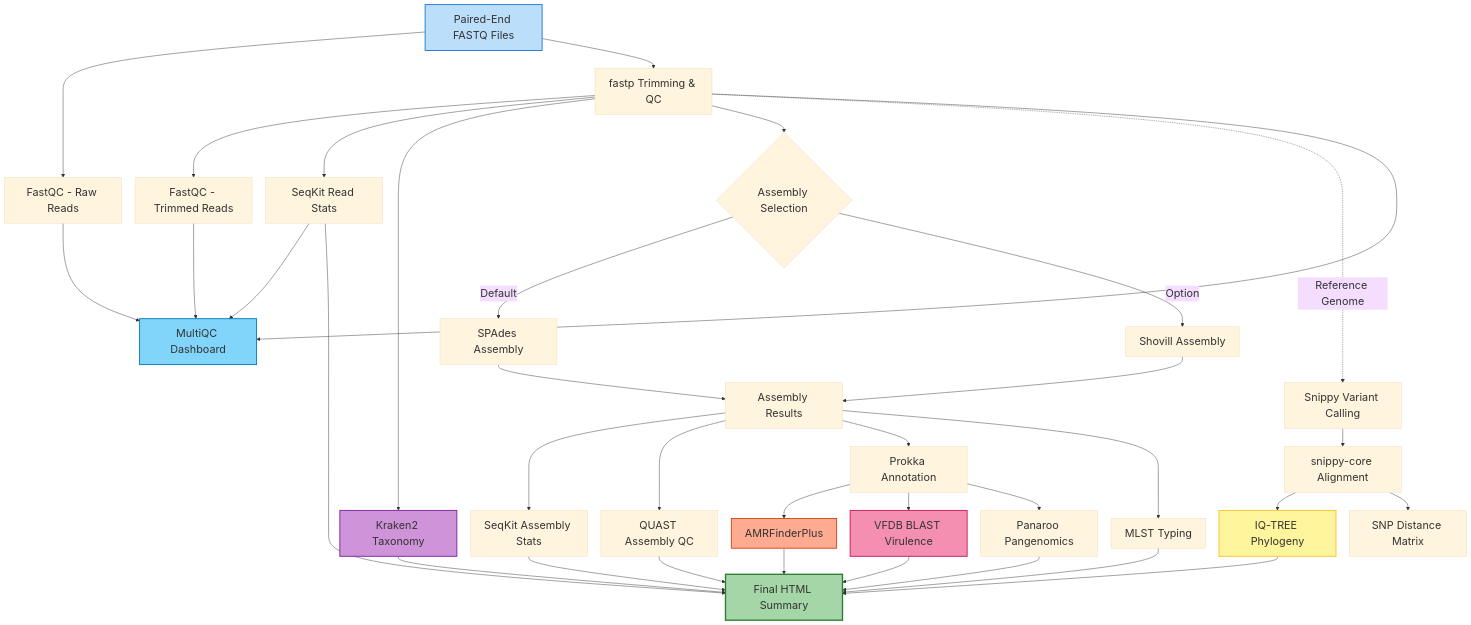
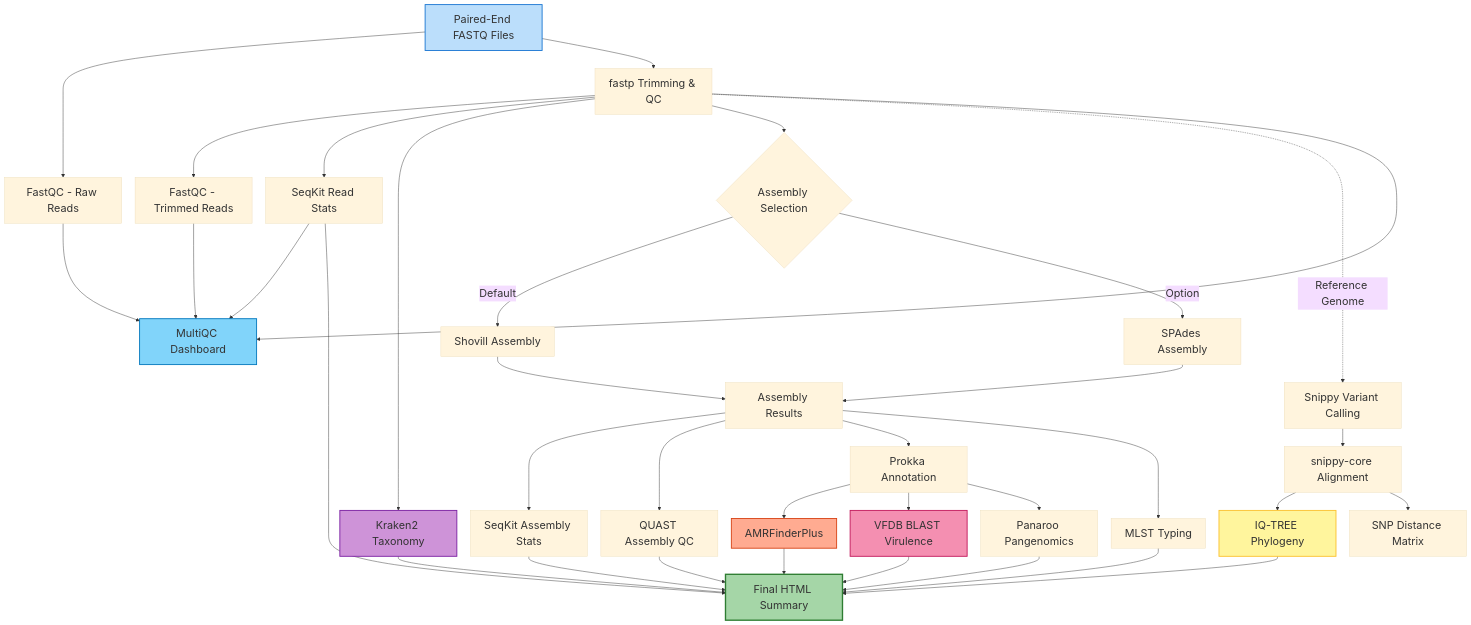
Before and after one commit to cerorziks/bacterial-genome-pipeline: the diagram in README.md, drawn with Mermaid. The commit also changed other lines of this file and 2 other files, not shown here.

Commit message:
Optimize for standard laptops: Shovill as default, reduced resource limits (4CPU/8GB), network fix for Mac

````diff
--- a/README.md
+++ b/README.md
@@ -24,69 +24,69 @@
 ```mermaid
 %%{
   init: {
     'theme': 'base',
     'themeVariables': {
       'fontSize': '24px',
       'fontFamily': 'arial',
       'lineColor': '#333'
     },
     'flowchart': {
       'nodeSpacing': 30,
       'rankSpacing': 40,
       'curve': 'basis'
     }
   }
 }%%
 graph TD
     A[Paired-End FASTQ Files] --> B[FastQC - Raw Reads]
     A --> C[fastp Trimming & QC]
     
     C --> D[FastQC - Trimmed Reads]
     C --> S1[SeqKit Read Stats]
     C --> KR[Kraken2 Taxonomy]
     C --> E{Assembly Selection}
     
-    E -- Default --> E1[SPAdes Assembly]
-    E -- Option --> E2[Shovill Assembly]
+    E -- Default --> E2[Shovill Assembly]
+    E -- Option --> E1[SPAdes Assembly]
     
     E1 --> F[Assembly Results]
     E2 --> F
     
     F --> S2[SeqKit Assembly Stats]
     F --> G[QUAST Assembly QC]
     F --> H[Prokka Annotation]
     F --> I[MLST Typing]
     
     H --> J[AMRFinderPlus]
     H --> K[VFDB BLAST Virulence]
     
     C -.Reference Genome.-> L[Snippy Variant Calling]
     L --> M[snippy-core Alignment]
     M --> N[IQ-TREE Phylogeny]
     M --> P[SNP Distance Matrix]
     
     B --> MQC[MultiQC Dashboard]
     D --> MQC
     C --> MQC
     S1 --> MQC
     
     H --> PAN[Panaroo Pangenomics]
     
     S1 --> Q[Final HTML Summary]
     S2 --> Q
     G --> Q
     J --> Q
     I --> Q
     K --> Q
     N --> Q
     PAN --> Q
     KR --> Q
     
     style A fill:#BBDEFB,stroke:#1976D2,stroke-width:2px
     style Q fill:#A5D6A7,stroke:#2E7D32,stroke-width:3px
     style N fill:#FFF59D,stroke:#FBC02D,stroke-width:2px
     style J fill:#FFAB91,stroke:#D84315,stroke-width:2px
     style K fill:#F48FB1,stroke:#C2185B,stroke-width:2px
     style KR fill:#CE93D8,stroke:#7B1FA2,stroke-width:2px
     style MQC fill:#81D4FA,stroke:#0277BD,stroke-width:2px
 ```
````
